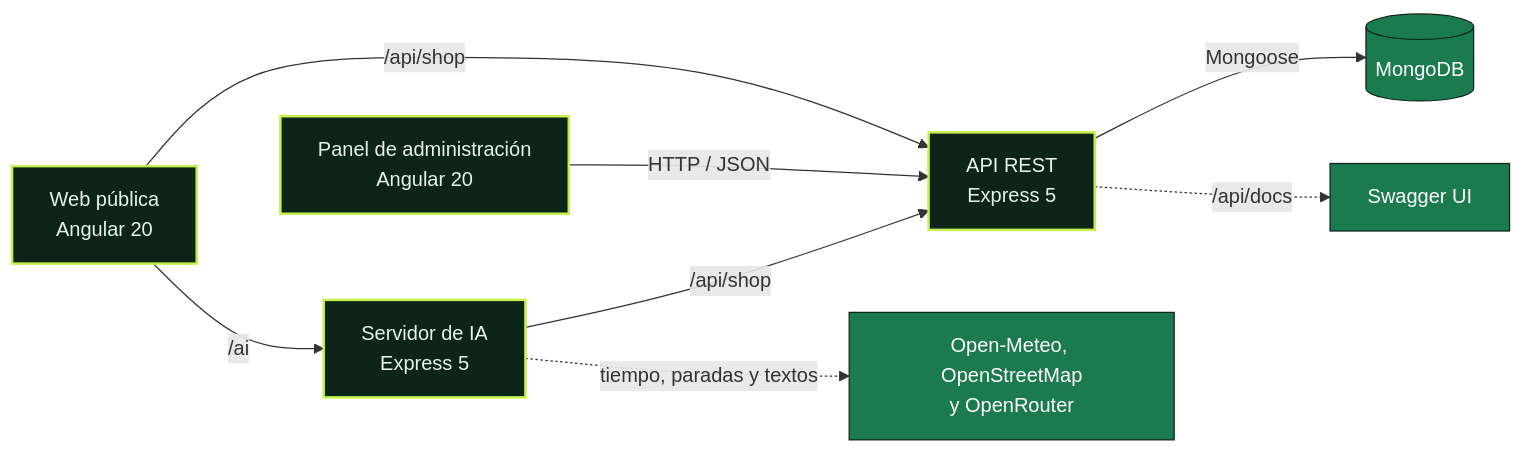
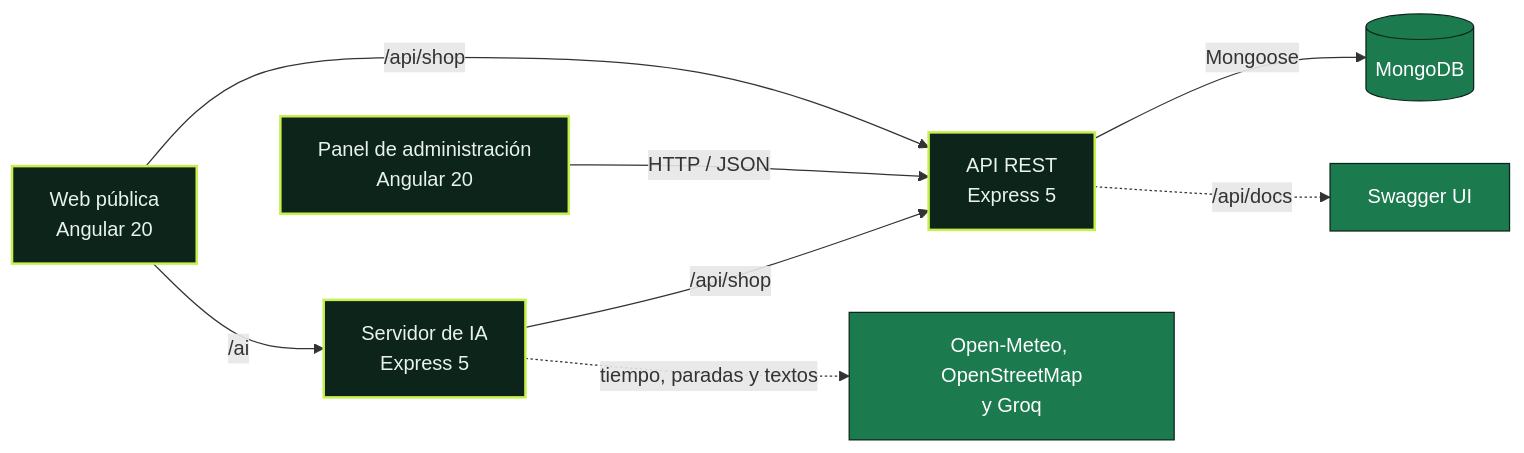
The diagram in README.md (Mauro-vs/Routly), drawn with Mermaid before and after one commit. The commit also changed other lines of this file and 19 other files, not shown here.

First line of the commit message:
ai: textos del detalle más rápidos con groq y un bloque ia más discreto

````diff
--- a/README.md
+++ b/README.md
@@ -159,14 +159,14 @@
 ```mermaid
 flowchart LR
     W["Web pública<br/>Angular 20"] -- "/api/shop" --> B["API REST<br/>Express 5"]
     W -- "/ai" --> I["Servidor de IA<br/>Express 5"]
     I -- "/api/shop" --> B
-    I -. "tiempo, paradas y textos" .-> E["Open-Meteo, OpenStreetMap<br/>y OpenRouter"]
+    I -. "tiempo, paradas y textos" .-> E["Open-Meteo, OpenStreetMap<br/>y Groq"]
     A["Panel de administración<br/>Angular 20"] -- "HTTP / JSON" --> B
     B -- "Mongoose" --> C[("MongoDB")]
     B -. "/api/docs" .-> D["Swagger UI"]
     classDef app fill:#0c2419,stroke:#c6f04d,color:#e8f3ec,stroke-width:2px
     classDef data fill:#1b7a4e,stroke:#0c2419,color:#ffffff
     class A,B,W,I app
     class C,D,E data
 ```
````
